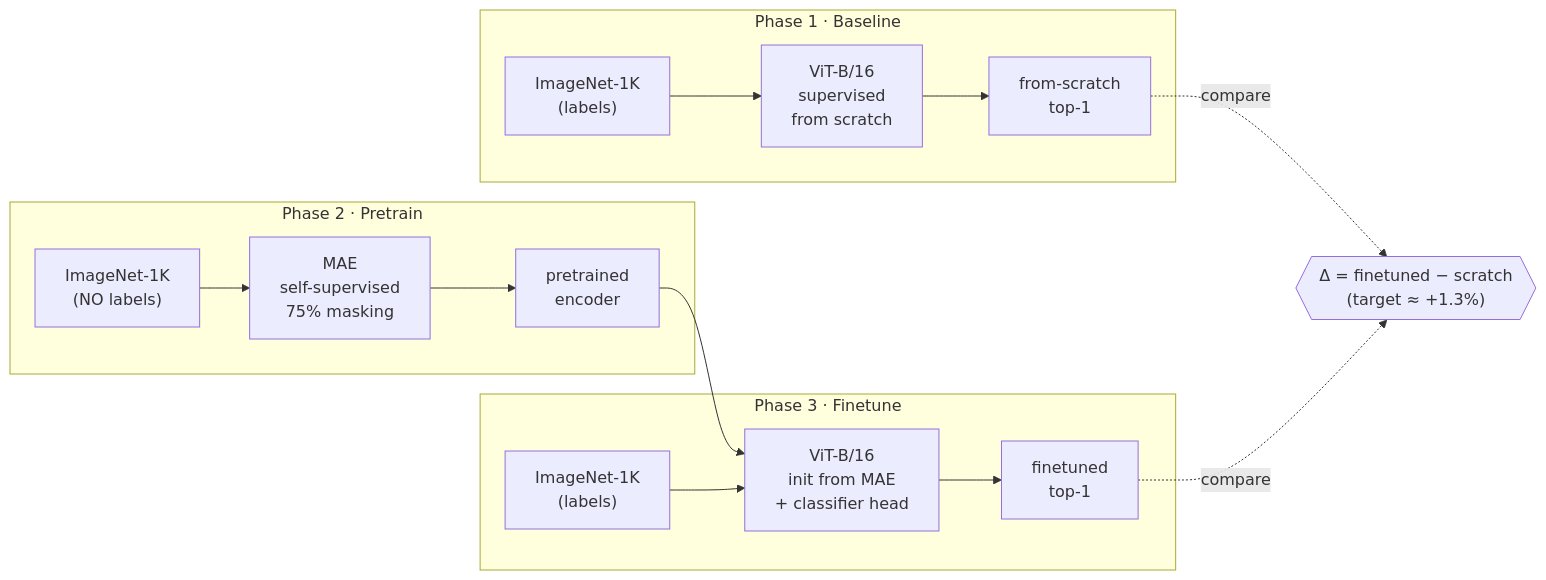
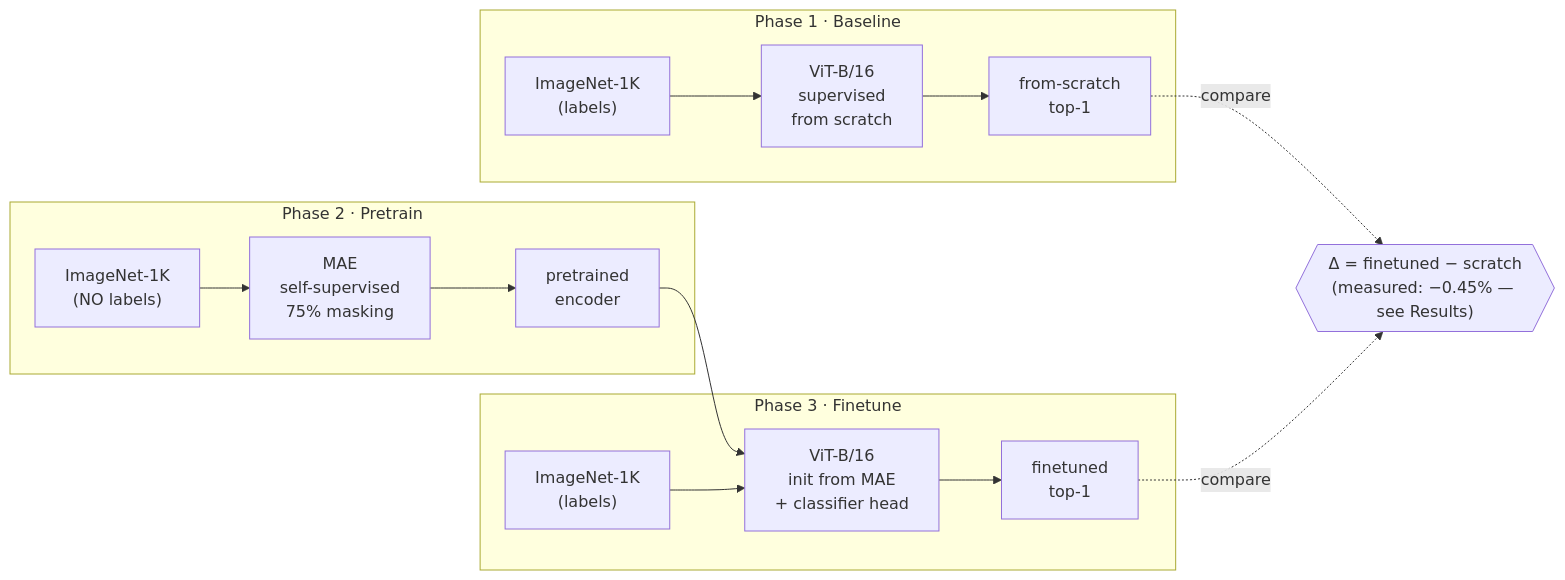
Before and after one commit to MokshitSama/mae-from-scratch-imagenet: the first of 4 diagrams in README.md, drawn with Mermaid. The commit also changed other lines of this file, not shown here.

First line of the commit message:
README: final results (MAE 84.06 vs scratch 84.51) + Findings

````diff
--- a/README.md
+++ b/README.md
@@ -11,18 +11,18 @@
 ```mermaid
 flowchart LR
     subgraph P1["Phase 1 · Baseline"]
         A["ImageNet-1K<br/>(labels)"] --> B["ViT-B/16<br/>supervised<br/>from scratch"]
         B --> C["from-scratch<br/>top-1"]
     end
     subgraph P2["Phase 2 · Pretrain"]
         D["ImageNet-1K<br/>(NO labels)"] --> E["MAE<br/>self-supervised<br/>75% masking"]
         E --> F["pretrained<br/>encoder"]
     end
     subgraph P3["Phase 3 · Finetune"]
         F --> G["ViT-B/16<br/>init from MAE<br/>+ classifier head"]
         A2["ImageNet-1K<br/>(labels)"] --> G
         G --> H["finetuned<br/>top-1"]
     end
-    C -.compare.-> RES{{"Δ = finetuned − scratch<br/>(target ≈ +1.3%)"}}
+    C -.compare.-> RES{{"Δ = finetuned − scratch<br/>(measured: −0.45% — see Results)"}}
     H -.compare.-> RES
 ```
````
